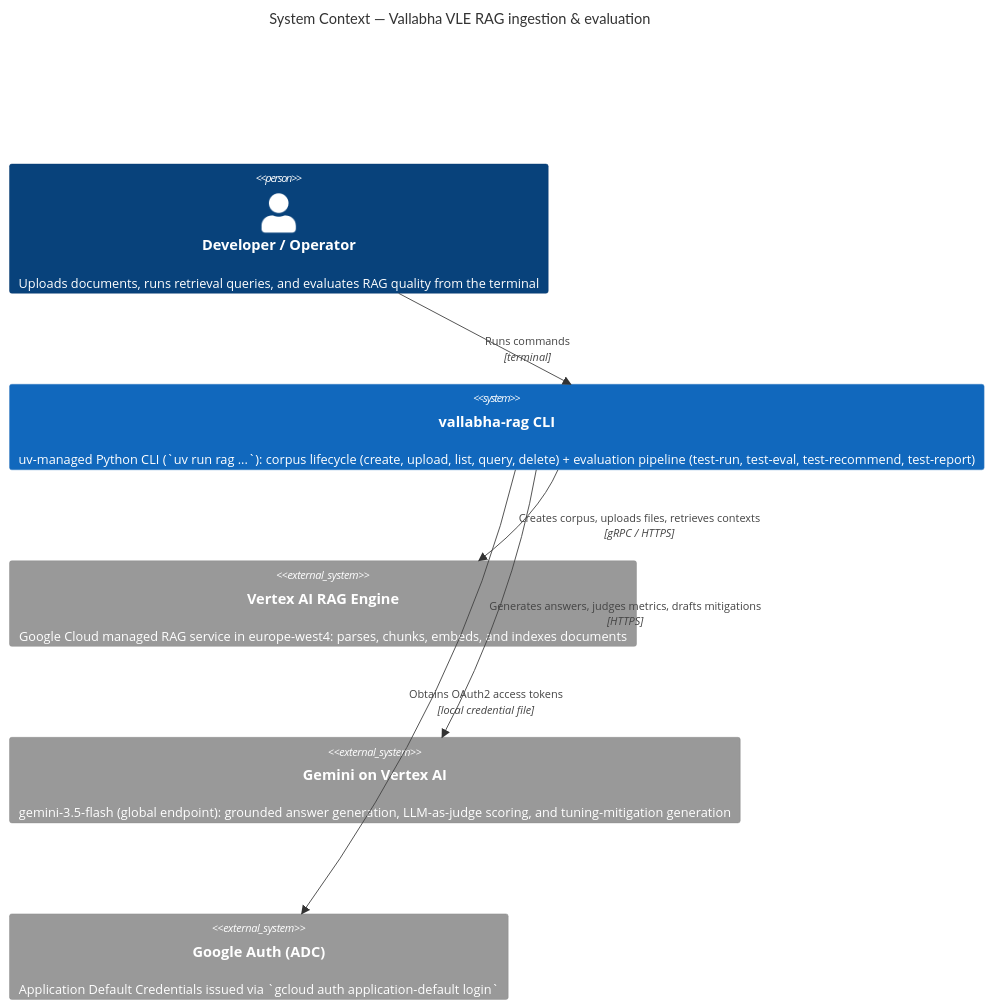
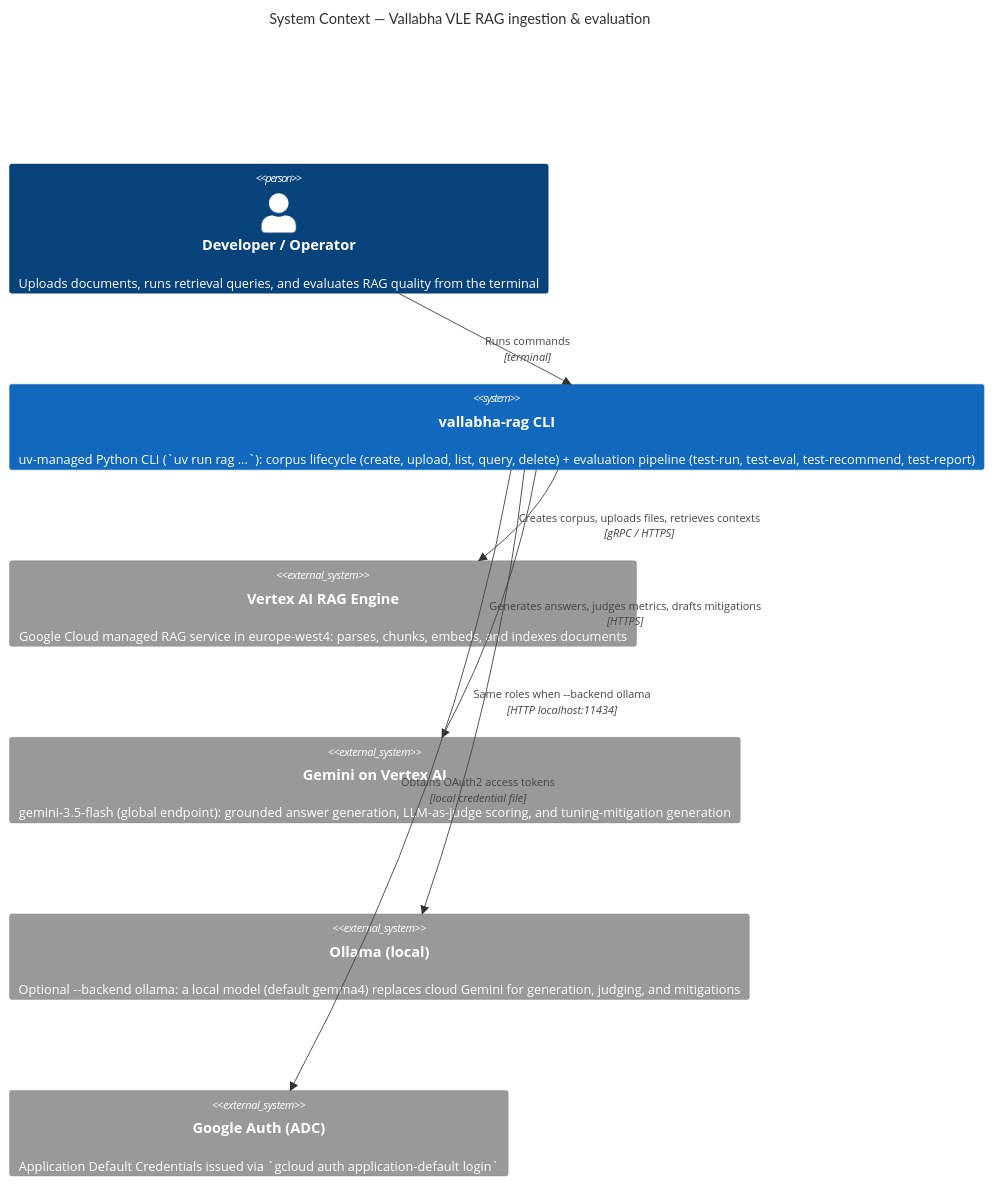
Before and after one commit to vallabha108/vallabha-rag: the first of 7 diagrams in README.md, drawn with Mermaid. The commit also changed other lines of this file and 4 other files, not shown here.

First line of the commit message:
Add local Ollama backend (--backend ollama) for the evaluation pipeline

````diff
--- a/README.md
+++ b/README.md
@@ -21,19 +21,21 @@
 ```mermaid
 C4Context
     title System Context — Vallabha VLE RAG ingestion & evaluation
 
     Person(user, "Developer / Operator", "Uploads documents, runs retrieval queries, and evaluates RAG quality from the terminal")
 
     System(ragcli, "vallabha-rag CLI", "uv-managed Python CLI (`uv run rag ...`): corpus lifecycle (create, upload, list, query, delete) + evaluation pipeline (test-run, test-eval, test-recommend, test-report)")
 
     System_Ext(vertex, "Vertex AI RAG Engine", "Google Cloud managed RAG service in europe-west4: parses, chunks, embeds, and indexes documents")
     System_Ext(gemini, "Gemini on Vertex AI", "gemini-3.5-flash (global endpoint): grounded answer generation, LLM-as-judge scoring, and tuning-mitigation generation")
+    System_Ext(ollama, "Ollama (local)", "Optional --backend ollama: a local model (default gemma4) replaces cloud Gemini for generation, judging, and mitigations")
     System_Ext(gcloud, "Google Auth (ADC)", "Application Default Credentials issued via `gcloud auth application-default login`")
 
     Rel(user, ragcli, "Runs commands", "terminal")
     Rel(ragcli, vertex, "Creates corpus, uploads files, retrieves contexts", "gRPC / HTTPS")
     Rel(ragcli, gemini, "Generates answers, judges metrics, drafts mitigations", "HTTPS")
+    Rel(ragcli, ollama, "Same roles when --backend ollama", "HTTP localhost:11434")
     Rel(ragcli, gcloud, "Obtains OAuth2 access tokens", "local credential file")
 
     UpdateLayoutConfig($c4ShapeInRow="2", $c4BoundaryInRow="1")
 ```
````
